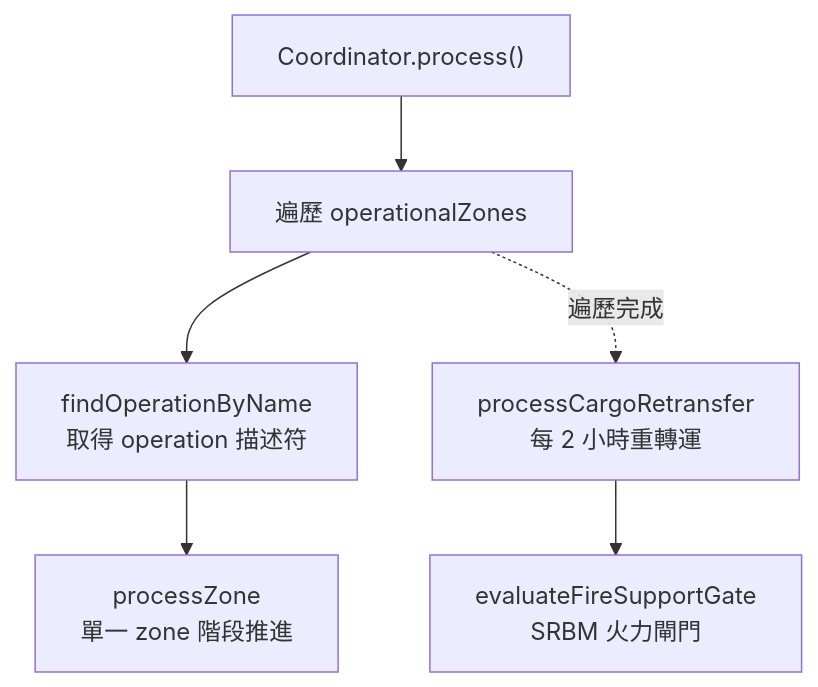
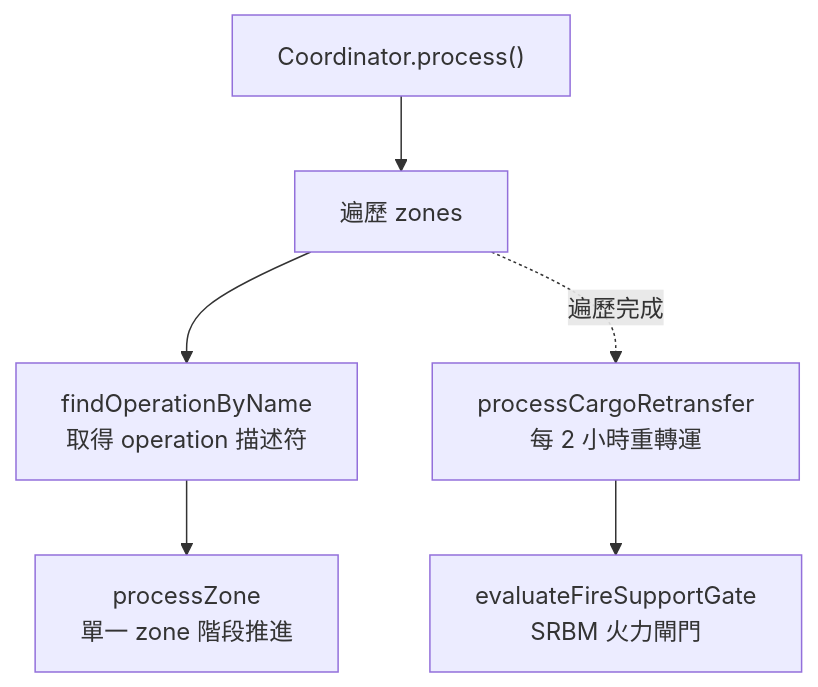
One commit to pullupjumper/formosa-in-flames changed the first of 4 diagrams in docs/landingOps/coordinator.md. Above: the diagram before and after it, drawn with Mermaid. The commit also changed other lines of this file and 29 other files, not shown here.

````diff
--- a/docs/landingOps/coordinator.md
+++ b/docs/landingOps/coordinator.md
@@ -23,14 +23,14 @@
 ```mermaid
 flowchart TD
     PROC["Coordinator.process()"]
-    LOOP["遍歷 operationalZones"]
+    LOOP["遍歷 zones"]
     FIND["findOperationByName<br>取得 operation 描述符"]
     ZONE["processZone<br>單一 zone 階段推進"]
     RETRANS["processCargoRetransfer<br>每 2 小時重轉運"]
     GATE["evaluateFireSupportGate<br>SRBM 火力閘門"]
 
     PROC --> LOOP
     LOOP --> FIND --> ZONE
     LOOP -.->|遍歷完成| RETRANS
     RETRANS --> GATE
 ```
````
